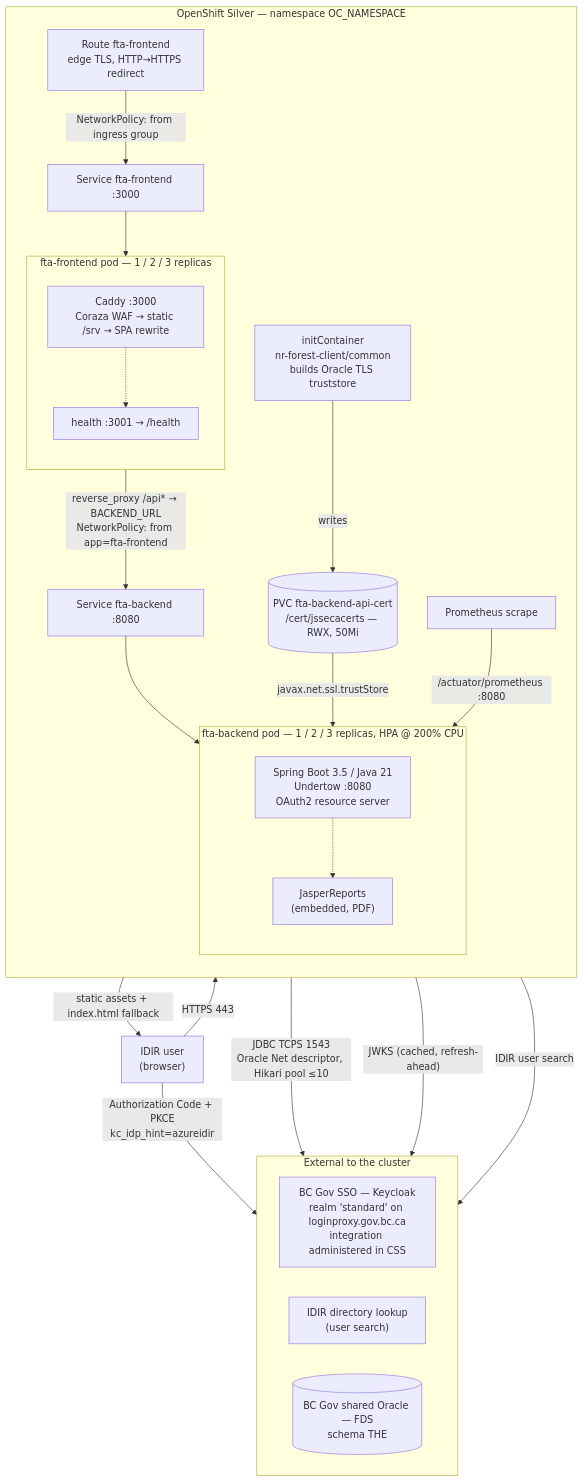
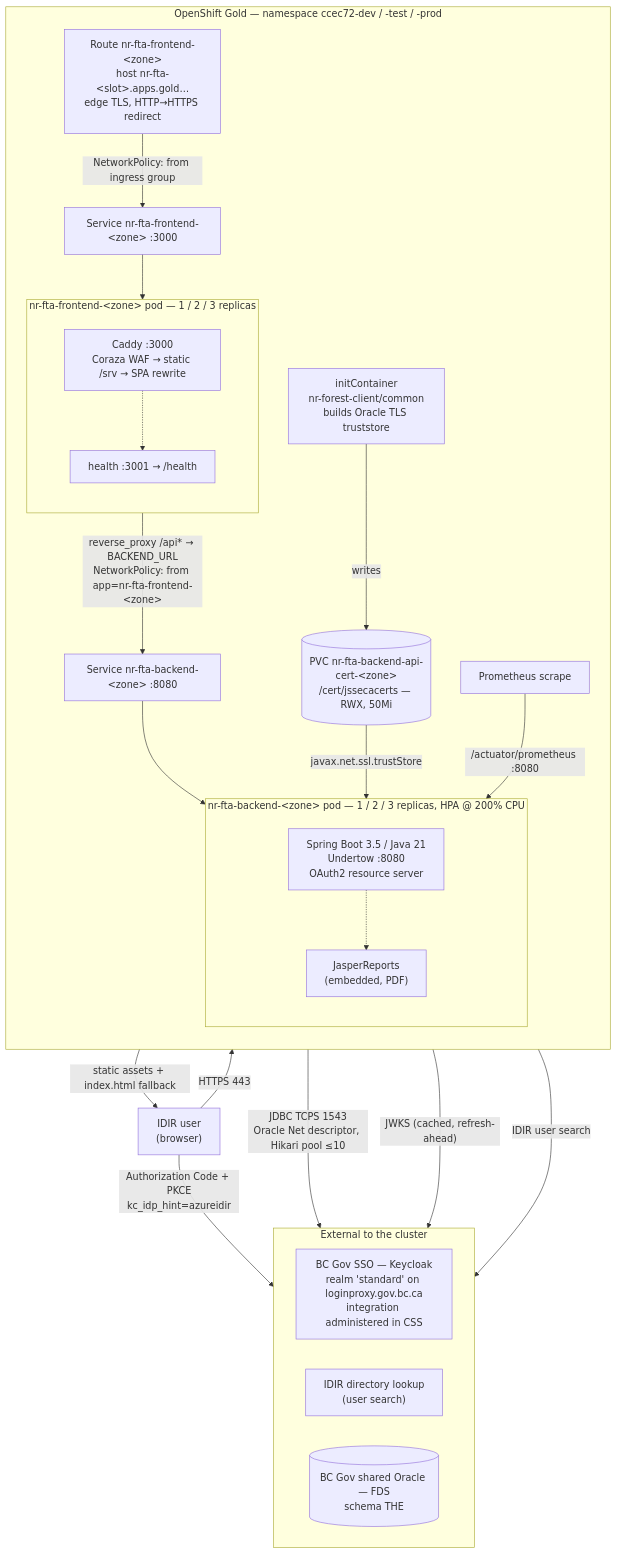
One commit to bcgov/nr-fta changed the first of 4 diagrams in docs/architecture.md. Above: the diagram before and after it, drawn with Mermaid. The commit also changed other lines of this file and 69 other files, not shown here.

````diff
--- a/docs/architecture.md
+++ b/docs/architecture.md
@@ -28,50 +28,50 @@
 ```mermaid
 flowchart TB
     user["IDIR user<br/>(browser)"]
 
     subgraph ext [" External to the cluster "]
         direction LR
         kc["BC Gov SSO — Keycloak<br/>realm 'standard' on loginproxy.gov.bc.ca<br/>integration administered in CSS"]
         idir["IDIR directory lookup<br/>(user search)"]
         oracle[("BC Gov shared Oracle — FDS<br/>schema THE")]
     end
 
-    subgraph ocp [" OpenShift Silver — namespace OC_NAMESPACE "]
+    subgraph ocp [" OpenShift Gold — namespace ccec72-dev / -test / -prod "]
         direction TB
-        route["Route fta-frontend<br/>edge TLS, HTTP→HTTPS redirect"]
+        route["Route nr-fta-frontend-&lt;zone&gt;<br/>host nr-fta-&lt;slot&gt;.apps.gold…<br/>edge TLS, HTTP→HTTPS redirect"]
 
-        subgraph fe [" fta-frontend pod — 1 / 2 / 3 replicas "]
+        subgraph fe [" nr-fta-frontend-&lt;zone&gt; pod — 1 / 2 / 3 replicas "]
             direction TB
             caddy["Caddy :3000<br/>Coraza WAF → static /srv → SPA rewrite"]
             health["health :3001 → /health"]
         end
 
-        subgraph be [" fta-backend pod — 1 / 2 / 3 replicas, HPA @ 200% CPU "]
+        subgraph be [" nr-fta-backend-&lt;zone&gt; pod — 1 / 2 / 3 replicas, HPA @ 200% CPU "]
             direction TB
             boot["Spring Boot 3.5 / Java 21<br/>Undertow :8080<br/>OAuth2 resource server"]
             jasper["JasperReports<br/>(embedded, PDF)"]
         end
 
-        svcfe["Service fta-frontend :3000"]
-        svcbe["Service fta-backend :8080"]
-        pvc[("PVC fta-backend-api-cert<br/>/cert/jssecacerts — RWX, 50Mi")]
+        svcfe["Service nr-fta-frontend-&lt;zone&gt; :3000"]
+        svcbe["Service nr-fta-backend-&lt;zone&gt; :8080"]
+        pvc[("PVC nr-fta-backend-api-cert-&lt;zone&gt;<br/>/cert/jssecacerts — RWX, 50Mi")]
         init["initContainer<br/>nr-forest-client/common<br/>builds Oracle TLS truststore"]
         prom["Prometheus scrape"]
     end
 
     user -- "HTTPS 443" --> route
     route -- "NetworkPolicy: from ingress group" --> svcfe
     svcfe --> caddy
     caddy -- "static assets + index.html fallback" --> user
-    caddy -- "reverse_proxy /api* → BACKEND_URL<br/>NetworkPolicy: from app=fta-frontend" --> svcbe
+    caddy -- "reverse_proxy /api* → BACKEND_URL<br/>NetworkPolicy: from app=nr-fta-frontend-&lt;zone&gt;" --> svcbe
     svcbe --> boot
     boot -- "JDBC TCPS 1543<br/>Oracle Net descriptor, Hikari pool ≤10" --> oracle
     boot -- "JWKS (cached, refresh-ahead)" --> kc
     boot -- "IDIR user search" --> idir
     user -- "Authorization Code + PKCE<br/>kc_idp_hint=azureidir" --> kc
     init -- writes --> pvc
     pvc -- "javax.net.ssl.trustStore" --> boot
     prom -- "/actuator/prometheus :8080" --> boot
     boot -.-> jasper
     caddy -.-> health
 ```
````
